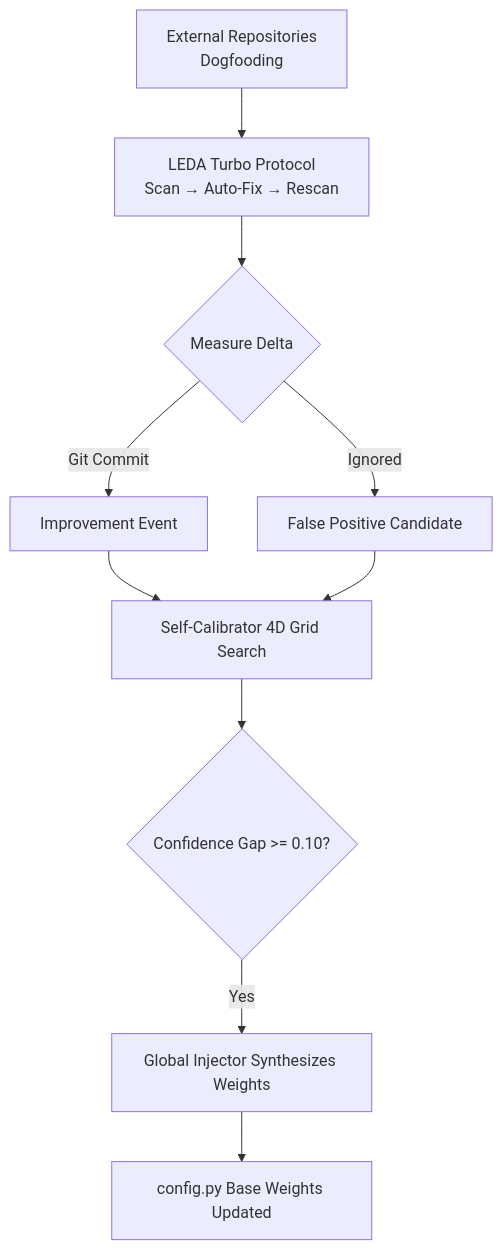
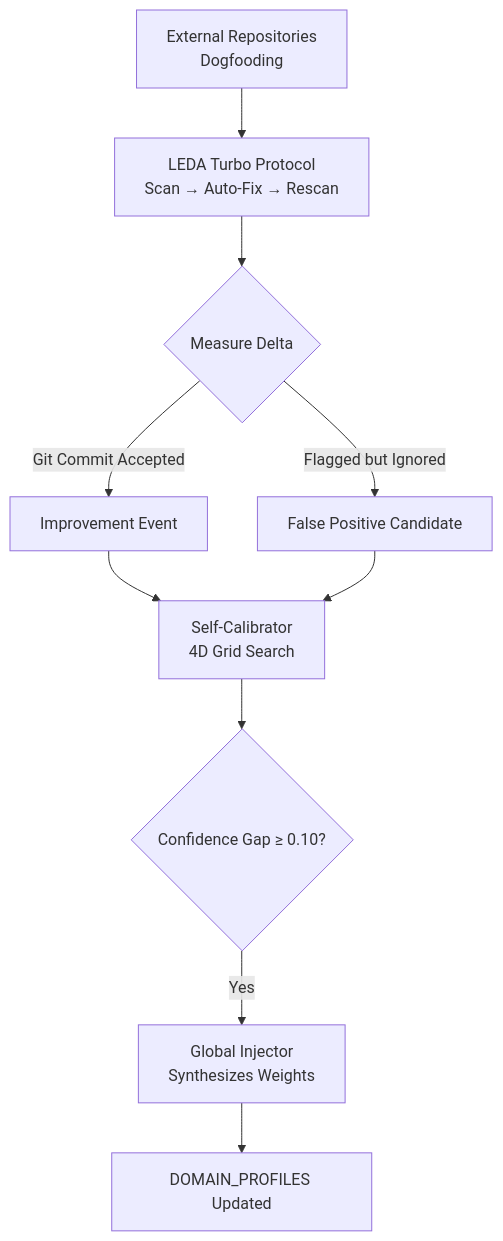
The second of 2 diagrams in README.md (flamehaven01/AI-SLOP-Detector), drawn with Mermaid before and after one commit. The commit also changed other lines of this file and 13 other files, not shown here.

````diff
--- a/README.md
+++ b/README.md
@@ -281,12 +251,12 @@
 ```mermaid
 flowchart TD
     A[External Repositories\nDogfooding] --> B[LEDA Turbo Protocol\nScan → Auto-Fix → Rescan]
     B --> C{Measure Delta}
-    C -->|Git Commit| D[Improvement Event]
-    C -->|Ignored| E[False Positive Candidate]
-    D --> F[Self-Calibrator 4D Grid Search]
+    C -->|Git Commit Accepted| D[Improvement Event]
+    C -->|Flagged but Ignored| E[False Positive Candidate]
+    D --> F[Self-Calibrator\n4D Grid Search]
     E --> F
-    F --> G{Confidence Gap >= 0.10?}
-    G -->|Yes| H[Global Injector Synthesizes Weights]
-    H --> I[config.py Base Weights Updated]
+    F --> G{Confidence Gap ≥ 0.10?}
+    G -->|Yes| H[Global Injector\nSynthesizes Weights]
+    H --> I[DOMAIN_PROFILES Updated]
 ```
````
